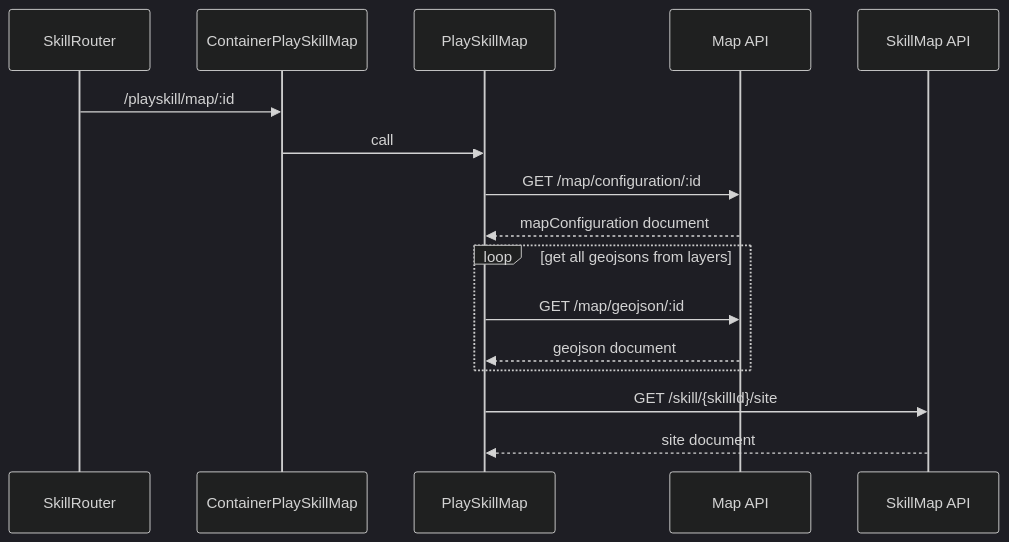
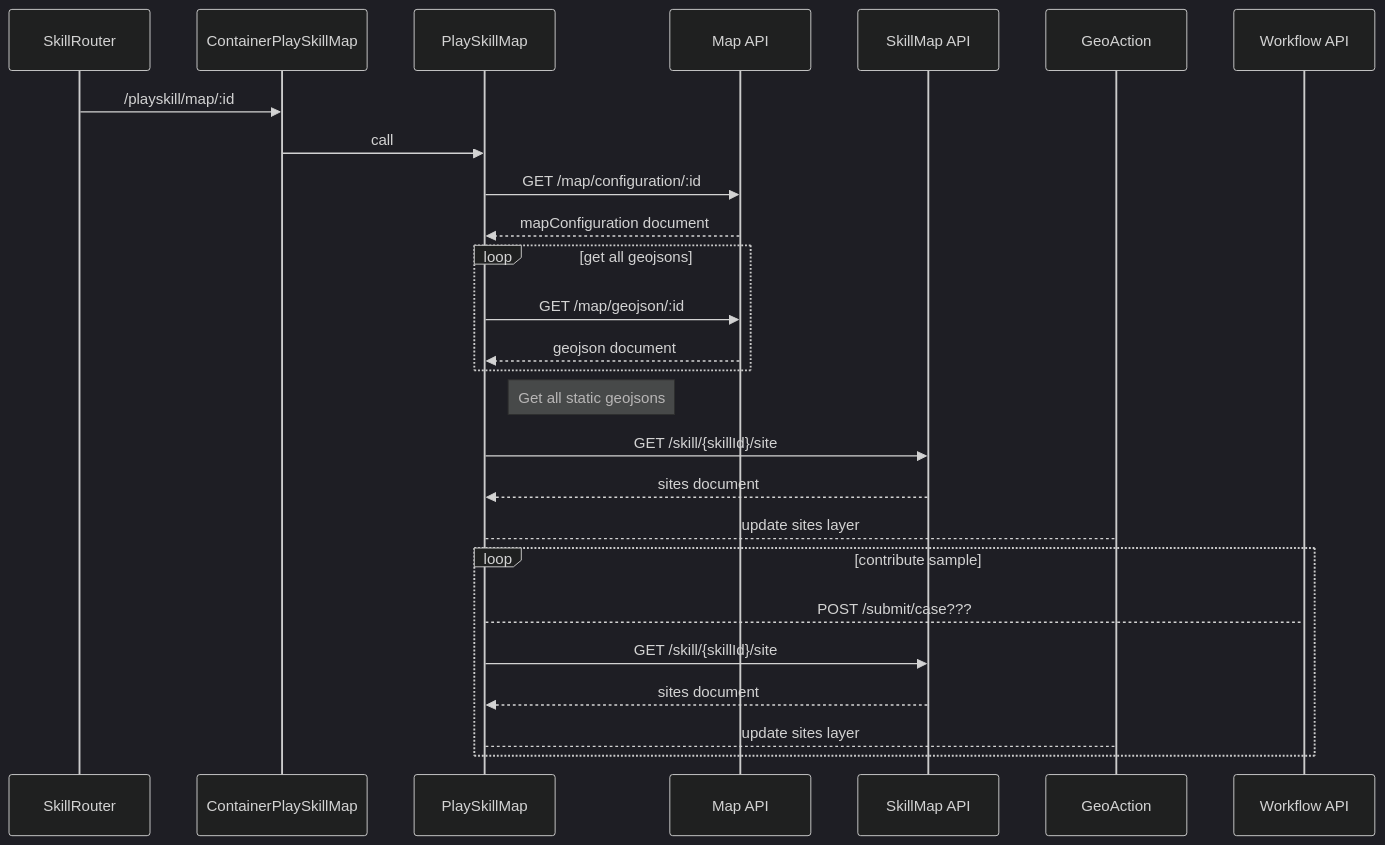
Before and after one commit to katiamar63/KnacksackProblem: the second of 2 diagrams in README.md, drawn with Mermaid (dark theme).

````diff
--- a/README.md
+++ b/README.md
@@ -80,15 +80,22 @@
 ```mermaid
 sequenceDiagram
 SkillRouter->>ContainerPlaySkillMap: /playskill/map/:id
 ContainerPlaySkillMap->>PlaySkillMap: call
 PlaySkillMap->>Map API: GET /map/configuration/:id
 Map API-->>PlaySkillMap: mapConfiguration document
 
-loop get all geojsons from layers
+loop get all geojsons
 PlaySkillMap->>Map API: GET /map/geojson/:id
 Map API-->>PlaySkillMap: geojson document
 end
+Note right of PlaySkillMap: Get all static geojsons
 PlaySkillMap->>SkillMap API: GET /skill/{skillId}/site 
-SkillMap API-->>PlaySkillMap: site document
-
+SkillMap API-->>PlaySkillMap: sites document
+PlaySkillMap-->GeoAction: update sites layer
+loop contribute sample 
+PlaySkillMap-->Workflow API: POST /submit/case???
+PlaySkillMap->>SkillMap API: GET /skill/{skillId}/site 
+SkillMap API-->>PlaySkillMap: sites document
+PlaySkillMap-->GeoAction: update sites layer
+end
 ```
````
